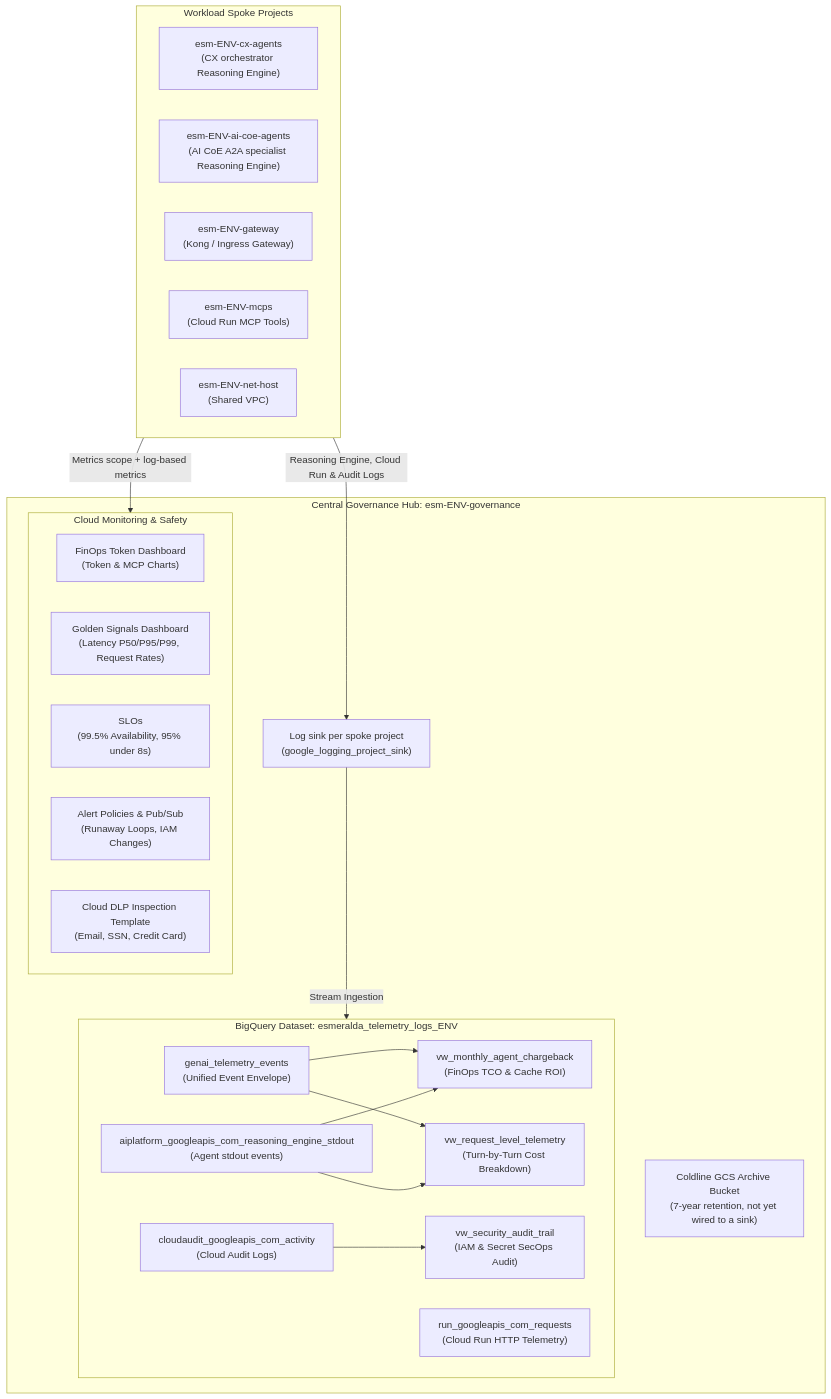
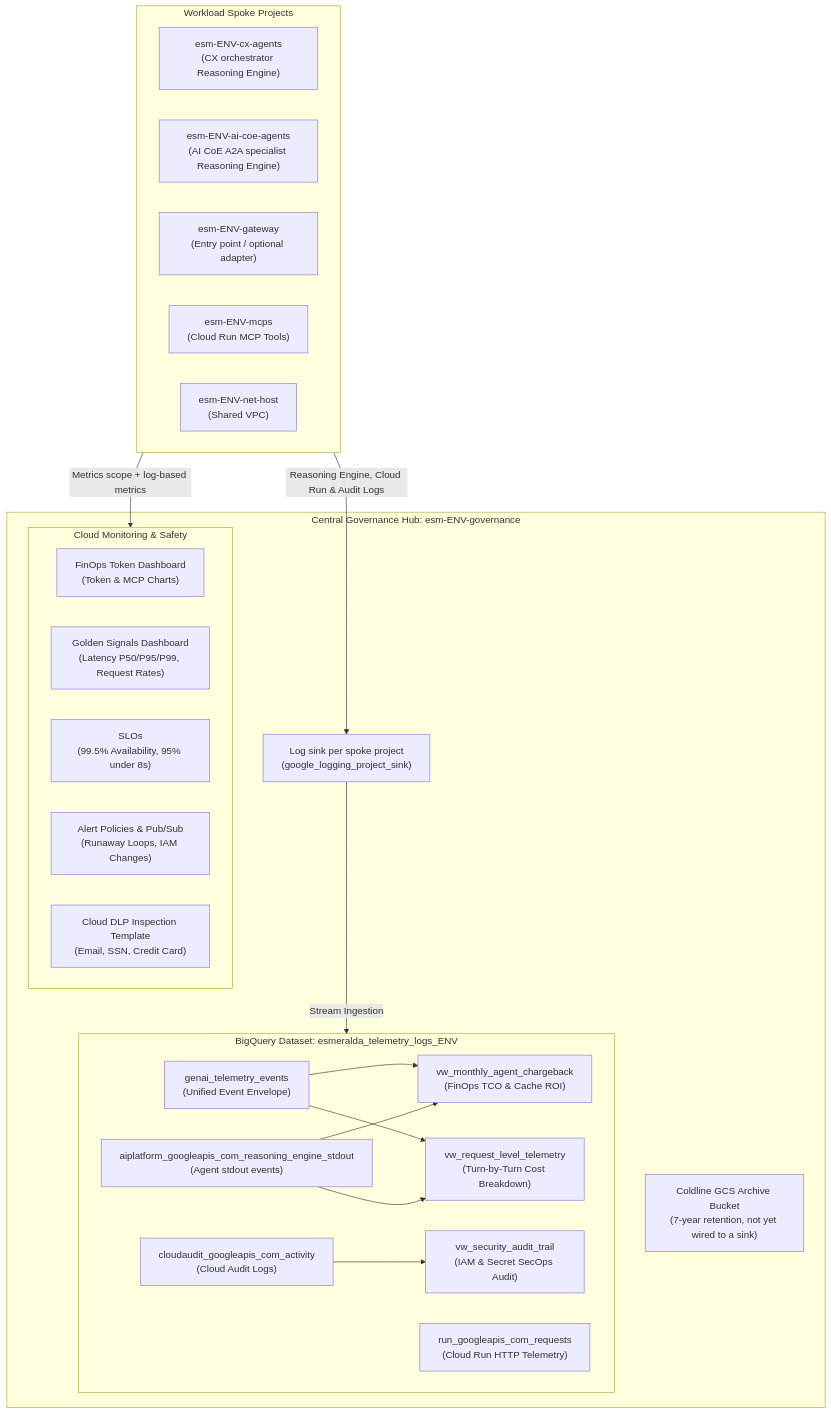
One commit to google/esmeralda changed the first of 2 diagrams in docs/src/3-agentops-and-lifecycle/03-centralized-monitoring-and-dashboards.md. Above: the diagram before and after it, drawn with Mermaid. The commit also changed other lines of this file and 93 other files, not shown here.

Commit message:
feat(gateway): built-in direct backend by default, service catalog, and remove Kong

````diff
--- a/docs/src/3-agentops-and-lifecycle/03-centralized-monitoring-and-dashboards.md
+++ b/docs/src/3-agentops-and-lifecycle/03-centralized-monitoring-and-dashboards.md
@@ -9,42 +9,42 @@
 ```mermaid
 flowchart TD
     subgraph Spokes["Workload Spoke Projects"]
         CX["esm-ENV-cx-agents<br/>(CX orchestrator Reasoning Engine)"]
         AICOE["esm-ENV-ai-coe-agents<br/>(AI CoE A2A specialist Reasoning Engine)"]
-        GW["esm-ENV-gateway<br/>(Kong / Ingress Gateway)"]
+        GW["esm-ENV-gateway<br/>(Entry point / optional adapter)"]
         MCP["esm-ENV-mcps<br/>(Cloud Run MCP Tools)"]
         NET["esm-ENV-net-host<br/>(Shared VPC)"]
     end
 
     subgraph Hub["Central Governance Hub: esm-ENV-governance"]
         SINK["Log sink per spoke project<br/>(google_logging_project_sink)"]
 
         subgraph BigQuery["BigQuery Dataset: esmeralda_telemetry_logs_ENV"]
             ENV["genai_telemetry_events<br/>(Unified Event Envelope)"]
             AUDIT_TBL["cloudaudit_googleapis_com_activity<br/>(Cloud Audit Logs)"]
             STDOUT_TBL["aiplatform_googleapis_com_reasoning_engine_stdout<br/>(Agent stdout events)"]
             RUN_TBL["run_googleapis_com_requests<br/>(Cloud Run HTTP Telemetry)"]
 
             VW1["vw_monthly_agent_chargeback<br/>(FinOps TCO & Cache ROI)"]
             VW2["vw_request_level_telemetry<br/>(Turn-by-Turn Cost Breakdown)"]
             VW3["vw_security_audit_trail<br/>(IAM & Secret SecOps Audit)"]
         end
 
         GCS["Coldline GCS Archive Bucket<br/>(7-year retention, not yet wired to a sink)"]
 
         subgraph Monitoring["Cloud Monitoring & Safety"]
             MQL["FinOps Token Dashboard<br/>(Token & MCP Charts)"]
             GOLD["Golden Signals Dashboard<br/>(Latency P50/P95/P99, Request Rates)"]
             SLO["SLOs<br/>(99.5% Availability, 95% under 8s)"]
             ALERTS["Alert Policies & Pub/Sub<br/>(Runaway Loops, IAM Changes)"]
             DLP["Cloud DLP Inspection Template<br/>(Email, SSN, Credit Card)"]
         end
     end
 
     Spokes -->|Reasoning Engine, Cloud Run & Audit Logs| SINK
     SINK -->|Stream Ingestion| BigQuery
     ENV --> VW1 & VW2
     STDOUT_TBL --> VW1 & VW2
     AUDIT_TBL --> VW3
     Spokes -->|Metrics scope + log-based metrics| Monitoring
 ```
````
